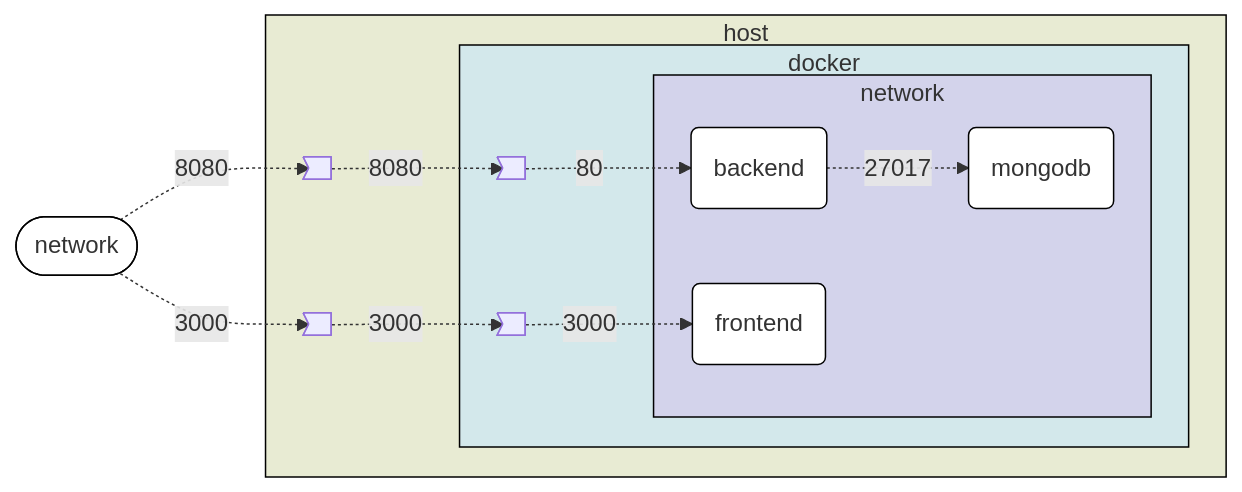
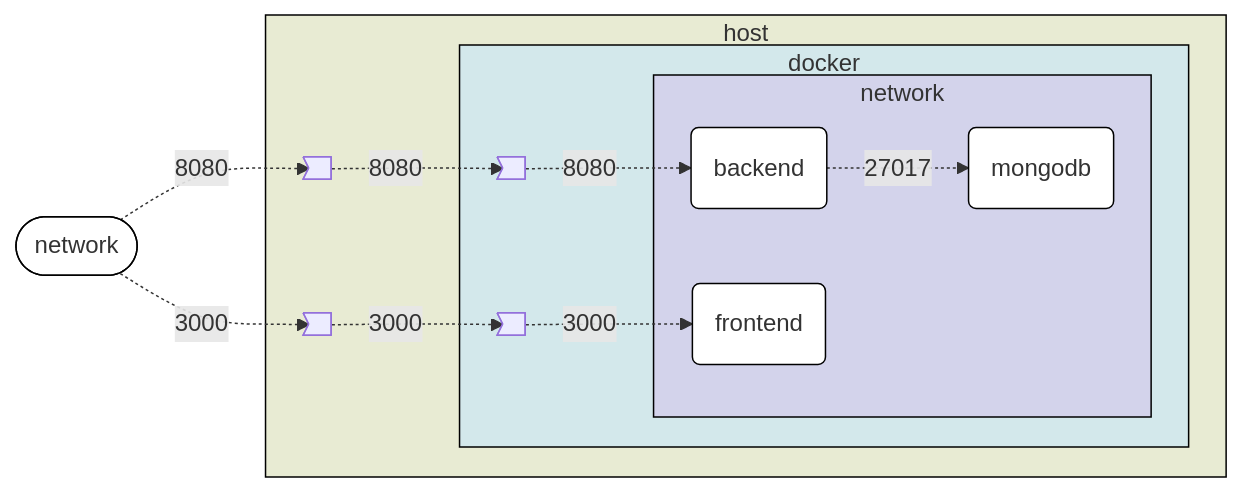
Before and after one commit to Fradantim/docker-workshop: the fourth of 4 diagrams in README.md, drawn with Mermaid.

Commit message:
fix backend port in diagram

````diff
--- a/README.md
+++ b/README.md
@@ -469,26 +469,26 @@
 ```mermaid
 flowchart LR
 subgraph host
   subgraph docker
     subgraph network
       M(mongodb)
       B(backend) -.->|27017|M
       F(frontend)
     end
-    DB> ] -.->|80|B
+    DB> ] -.->|8080|B
     DF> ] -.->|3000|F
   end
   HB> ] -.->|8080|DB
   HF> ] -.->|3000|DF
 end
 N([network]) -.->|8080|HB
 N([network]) -.->|3000|HF
 
 classDef container fill:white,stroke:black;
 class M,F,B container;
 style N fill:white,stroke:black;
 
 style host fill:#e8ebd3,stroke:black;
 style docker fill:#d3e8eb,stroke:black;
 style network fill:#d3d3eb,stroke:black;
 ```
````
